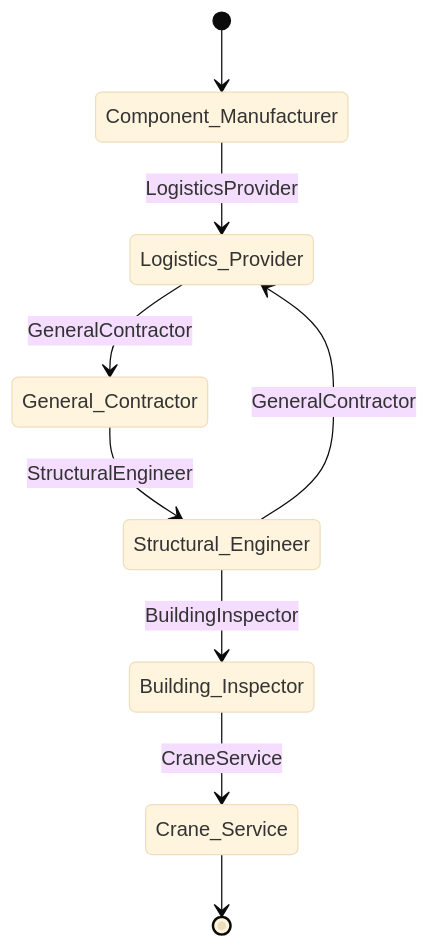
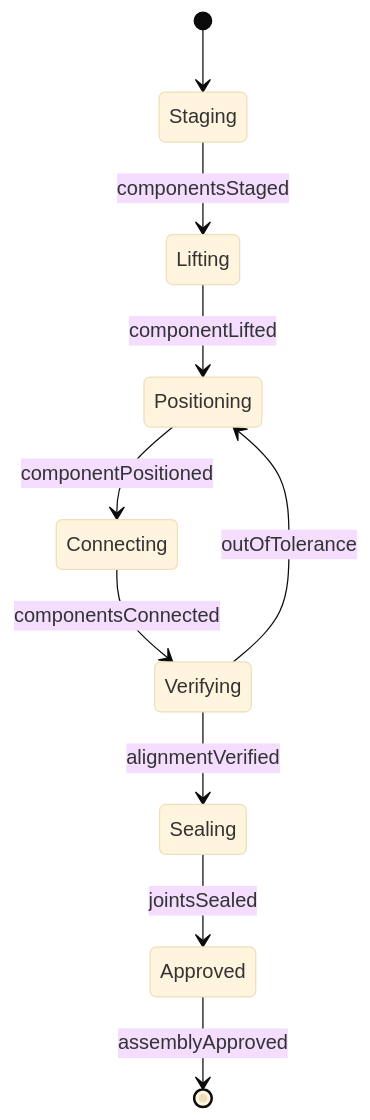
The second of 4 diagrams in HandlingAndMovingObjects/BuildStructures/AssembleStructuralComponents.mdx (dot-org-ai/tasks.org.ai), drawn with Mermaid (base theme) before and after one commit. The commit also changed other lines of this file and 515 other files, not shown here.

````diff
--- a/HandlingAndMovingObjects/BuildStructures/AssembleStructuralComponents.mdx
+++ b/HandlingAndMovingObjects/BuildStructures/AssembleStructuralComponents.mdx
@@ -101,11 +99,12 @@
 ```mermaid
 stateDiagram-v2
-    [*] --> Component_Manufacturer
-    Component_Manufacturer --> Logistics_Provider: LogisticsProvider
-    Logistics_Provider --> General_Contractor: GeneralContractor
-    General_Contractor --> Structural_Engineer: StructuralEngineer
-    Structural_Engineer --> Building_Inspector: BuildingInspector
-    Building_Inspector --> Crane_Service: CraneService
-    Structural_Engineer --> Logistics_Provider: GeneralContractor
-    Crane_Service --> [*]
+    [*] --> Staging
+    Staging --> Lifting : componentsStaged
+    Lifting --> Positioning : componentLifted
+    Positioning --> Connecting : componentPositioned
+    Connecting --> Verifying : componentsConnected
+    Verifying --> Sealing : alignmentVerified
+    Sealing --> Approved : jointsSealed
+    Verifying --> Positioning : outOfTolerance
+    Approved --> [*] : assemblyApproved
 ```
````
